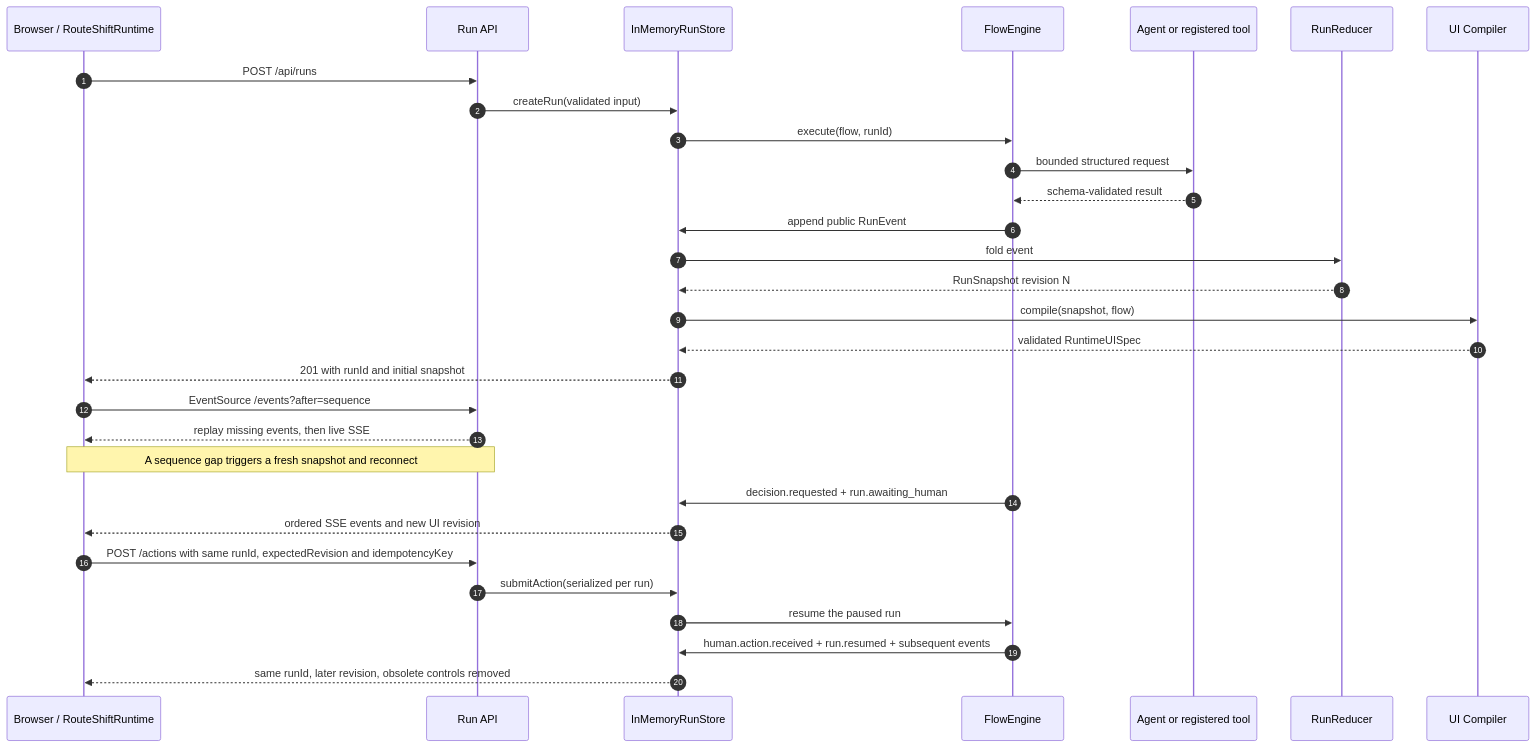
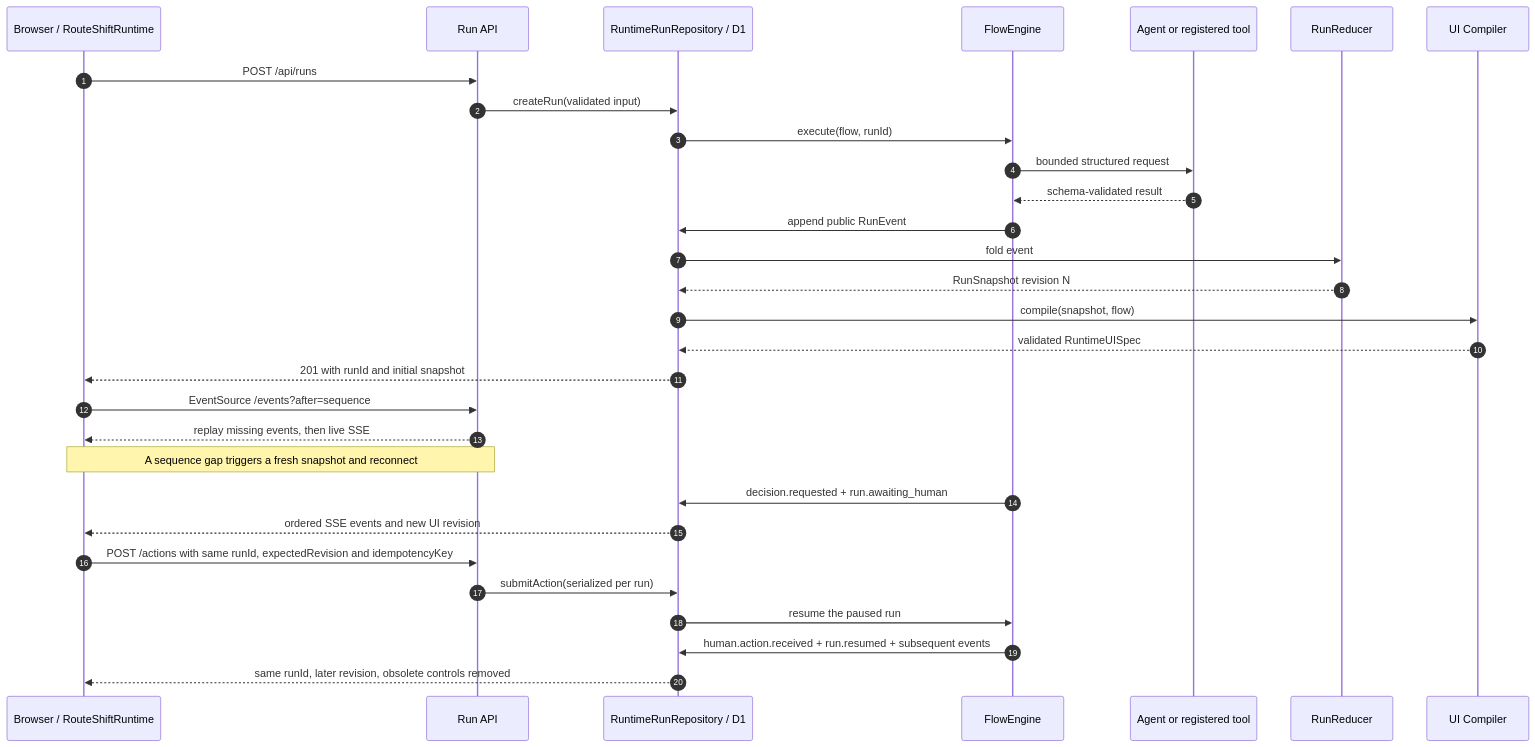
Before and after one commit to acg0606/Hackathon_NextWave_YUNO_NAUTA_OPENAI_ECBR_ver2: the second of 3 diagrams in docs/architecture.md, drawn with Mermaid. The commit also changed other lines of this file and 31 other files, not shown here.

````diff
--- a/docs/architecture.md
+++ b/docs/architecture.md
@@ -31,33 +31,33 @@
 ```mermaid
 sequenceDiagram
     autonumber
     participant B as Browser / RouteShiftRuntime
     participant API as Run API
-    participant S as InMemoryRunStore
+    participant S as RuntimeRunRepository / D1
     participant E as FlowEngine
     participant A as Agent or registered tool
     participant R as RunReducer
     participant C as UI Compiler
 
     B->>API: POST /api/runs
     API->>S: createRun(validated input)
     S->>E: execute(flow, runId)
     E->>A: bounded structured request
     A-->>E: schema-validated result
     E->>S: append public RunEvent
     S->>R: fold event
     R-->>S: RunSnapshot revision N
     S->>C: compile(snapshot, flow)
     C-->>S: validated RuntimeUISpec
     S-->>B: 201 with runId and initial snapshot
     B->>API: EventSource /events?after=sequence
     API-->>B: replay missing events, then live SSE
     Note over B,API: A sequence gap triggers a fresh snapshot and reconnect
     E->>S: decision.requested + run.awaiting_human
     S-->>B: ordered SSE events and new UI revision
     B->>API: POST /actions with same runId, expectedRevision and idempotencyKey
     API->>S: submitAction(serialized per run)
     S->>E: resume the paused run
     E->>S: human.action.received + run.resumed + subsequent events
     S-->>B: same runId, later revision, obsolete controls removed
 ```
````
